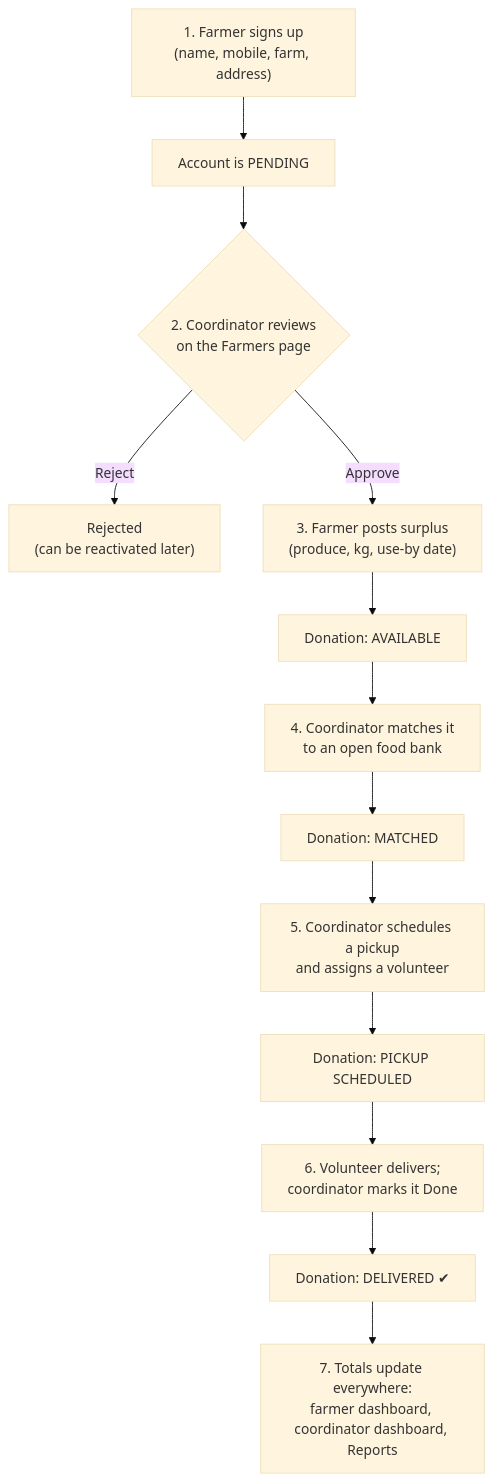
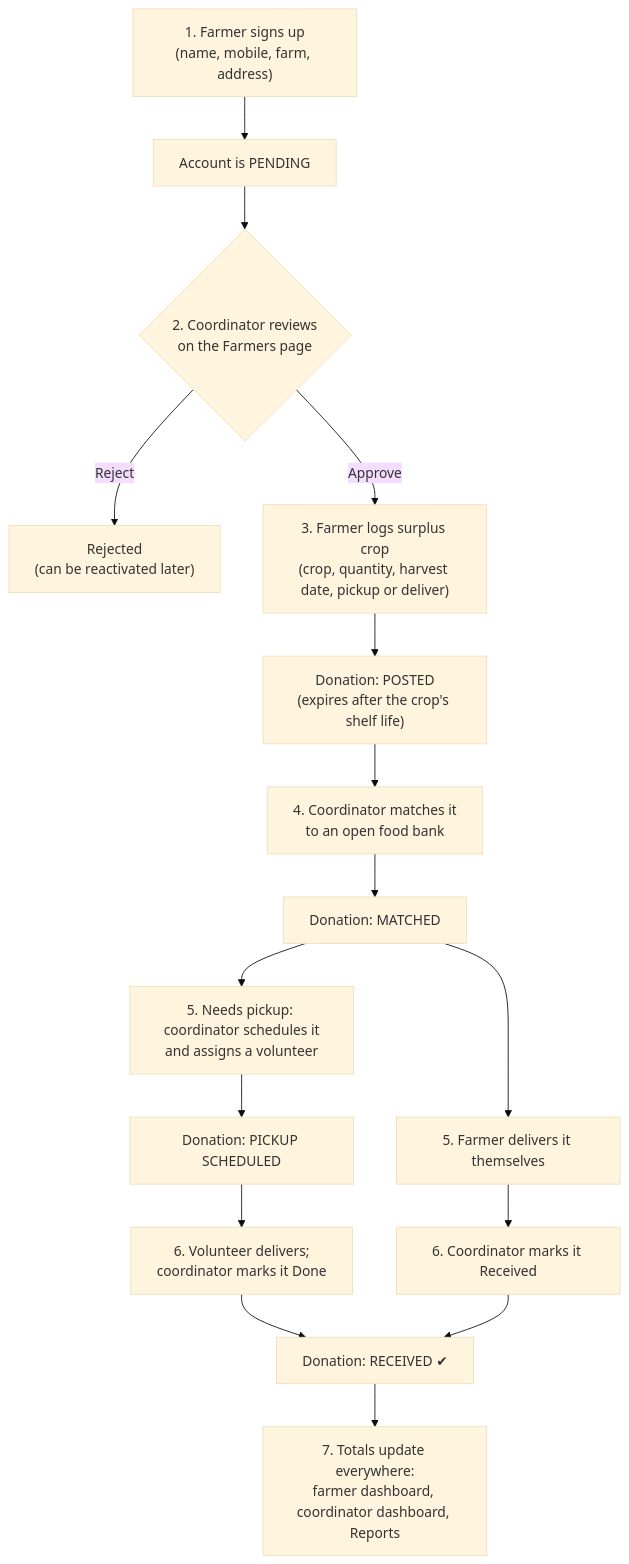
The second of 6 diagrams in README.md (ritztan/Siloo), drawn with Mermaid (base theme) before and after one commit. The commit also changed other lines of this file and 10 other files, not shown here.

First line of the commit message:
Farmer portal: Home, Log surplus, My donations, Farm profile

````diff
--- a/README.md
+++ b/README.md
@@ -100,15 +109,18 @@
 ```mermaid
 flowchart TD
     A["1. Farmer signs up<br/>(name, mobile, farm, address)"] --> B["Account is PENDING"]
     B --> C{"2. Coordinator reviews<br/>on the Farmers page"}
     C -- Reject --> R["Rejected<br/>(can be reactivated later)"]
-    C -- Approve --> D["3. Farmer posts surplus<br/>(produce, kg, use-by date)"]
-    D --> E["Donation: AVAILABLE"]
+    C -- Approve --> D["3. Farmer logs surplus crop<br/>(crop, quantity, harvest date, pickup or deliver)"]
+    D --> E["Donation: POSTED<br/>(expires after the crop's shelf life)"]
     E --> F["4. Coordinator matches it<br/>to an open food bank"]
     F --> G["Donation: MATCHED"]
-    G --> H["5. Coordinator schedules a pickup<br/>and assigns a volunteer"]
+    G --> H["5. Needs pickup: coordinator schedules it<br/>and assigns a volunteer"]
+    G --> H2["5. Farmer delivers it themselves"]
     H --> I["Donation: PICKUP SCHEDULED"]
     I --> J["6. Volunteer delivers;<br/>coordinator marks it Done"]
-    J --> K["Donation: DELIVERED ✔"]
+    H2 --> J2["6. Coordinator marks it Received"]
+    J --> K["Donation: RECEIVED ✔"]
+    J2 --> K
     K --> L["7. Totals update everywhere:<br/>farmer dashboard, coordinator dashboard, Reports"]
 ```
````
